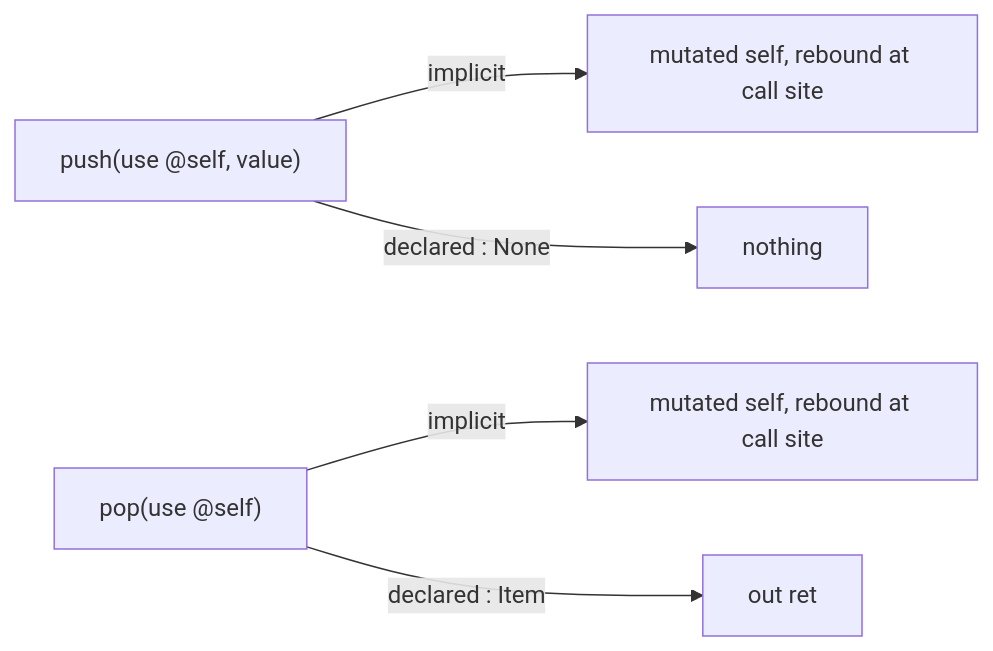
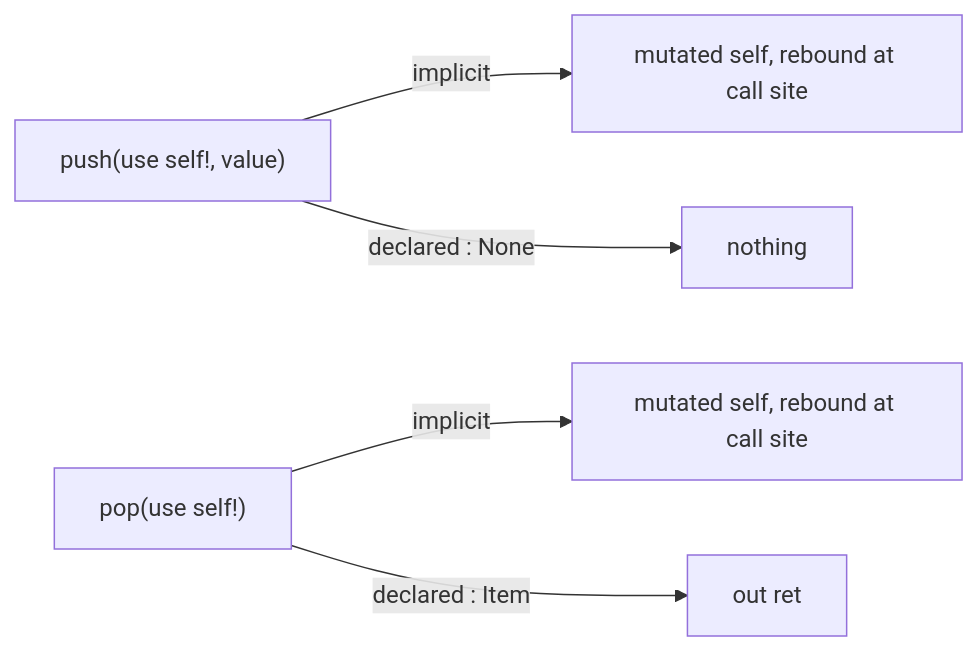
One commit to LMauricius/oura-examples changed the diagram in README.md. Above: the diagram before and after it, drawn with Mermaid. The commit also changed other lines of this file and 8 other files, not shown here.

````diff
--- a/README.md
+++ b/README.md
@@ -263,7 +262,7 @@
 ```mermaid
 flowchart LR
-    A["push(use @self, value)"] -->|"implicit"| B["mutated self, rebound at call site"]
+    A["push(use self!, value)"] -->|"implicit"| B["mutated self, rebound at call site"]
     A -->|"declared : None"| C["nothing"]
-    D["pop(use @self)"] -->|"implicit"| E["mutated self, rebound at call site"]
+    D["pop(use self!)"] -->|"implicit"| E["mutated self, rebound at call site"]
     D -->|"declared : Item"| F["out ret"]
 ```
````
